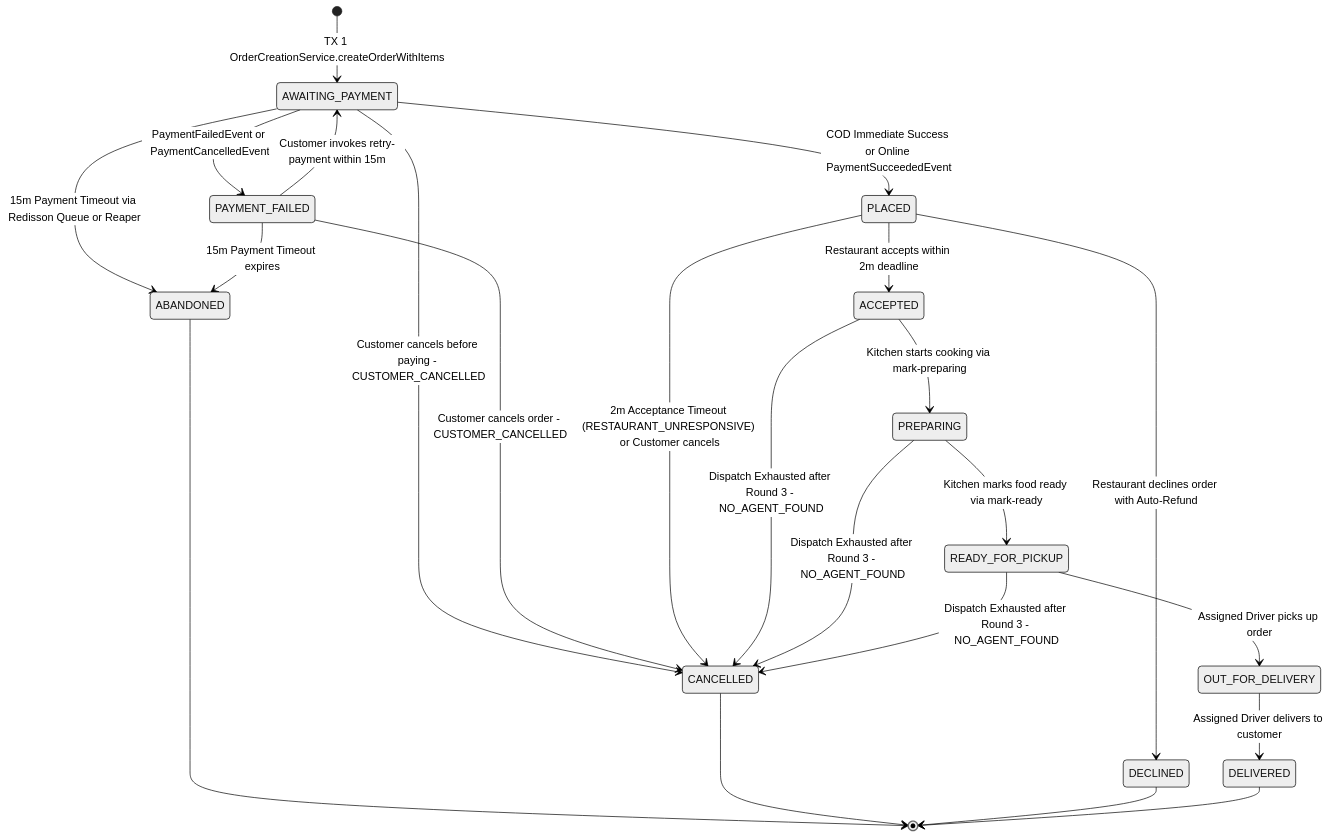
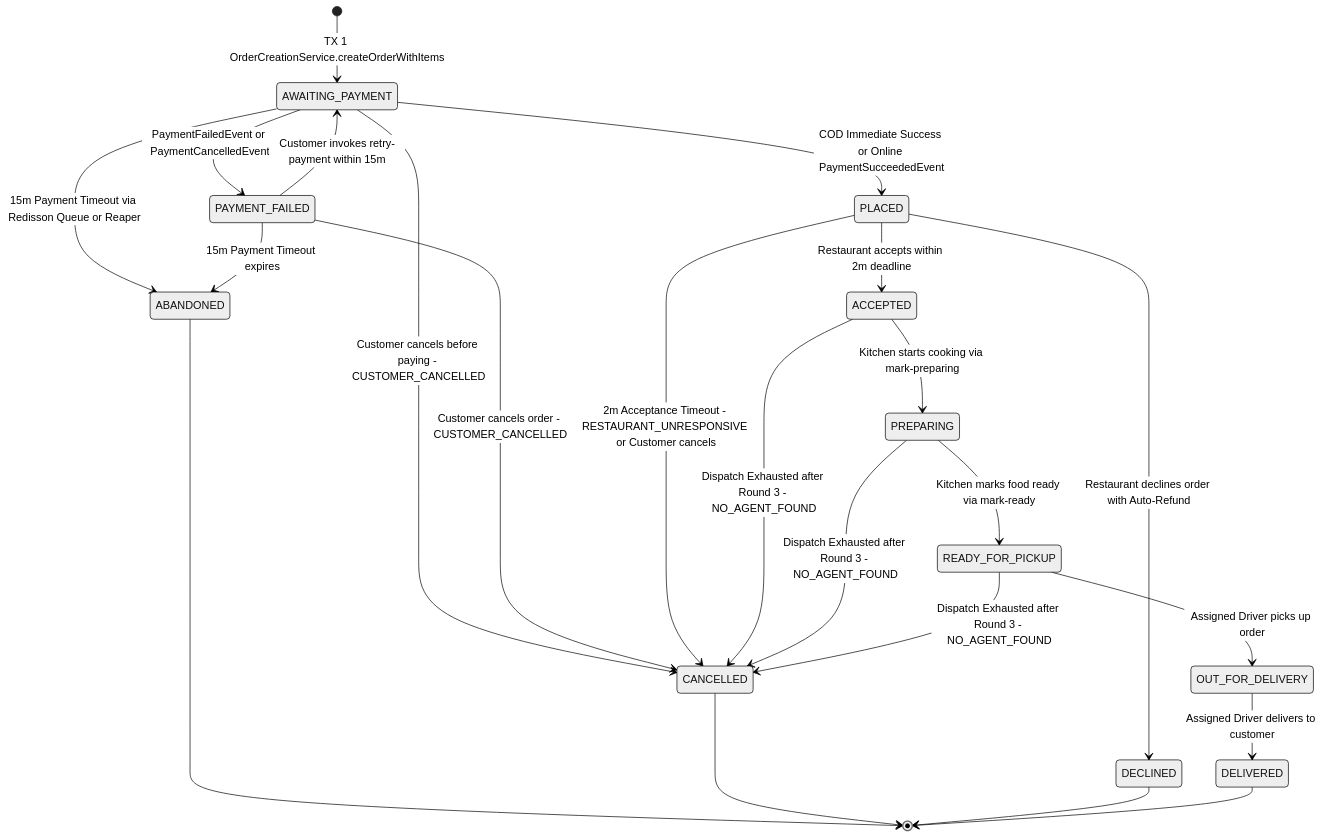
One commit to eshant52/quickbite-backend changed the second of 7 diagrams in docs/order-process.md. Above: the diagram before and after it, drawn with Mermaid (neutral theme). The commit also changed other lines of this file and 11 other files, not shown here.

First line of the commit message:
docs: update architecture and setup guides, and configure flexible dev routing

````diff
--- a/docs/order-process.md
+++ b/docs/order-process.md
@@ -230,33 +233,33 @@
 ```mermaid
 stateDiagram-v2
     [*] --> AWAITING_PAYMENT: TX 1 OrderCreationService.createOrderWithItems
 
     AWAITING_PAYMENT --> PLACED: COD Immediate Success or Online PaymentSucceededEvent
     AWAITING_PAYMENT --> PAYMENT_FAILED: PaymentFailedEvent or PaymentCancelledEvent
     AWAITING_PAYMENT --> ABANDONED: 15m Payment Timeout via Redisson Queue or Reaper
     AWAITING_PAYMENT --> CANCELLED: Customer cancels before paying - CUSTOMER_CANCELLED
 
     PAYMENT_FAILED --> AWAITING_PAYMENT: Customer invokes retry-payment within 15m
     PAYMENT_FAILED --> ABANDONED: 15m Payment Timeout expires
     PAYMENT_FAILED --> CANCELLED: Customer cancels order - CUSTOMER_CANCELLED
 
     PLACED --> ACCEPTED: Restaurant accepts within 2m deadline
     PLACED --> DECLINED: Restaurant declines order with Auto-Refund
-    PLACED --> CANCELLED: 2m Acceptance Timeout (RESTAURANT_UNRESPONSIVE) or Customer cancels
+    PLACED --> CANCELLED: 2m Acceptance Timeout - RESTAURANT_UNRESPONSIVE or Customer cancels
 
     ACCEPTED --> PREPARING: Kitchen starts cooking via mark-preparing
     ACCEPTED --> CANCELLED: Dispatch Exhausted after Round 3 - NO_AGENT_FOUND
 
     PREPARING --> READY_FOR_PICKUP: Kitchen marks food ready via mark-ready
     PREPARING --> CANCELLED: Dispatch Exhausted after Round 3 - NO_AGENT_FOUND
 
     READY_FOR_PICKUP --> OUT_FOR_DELIVERY: Assigned Driver picks up order
     READY_FOR_PICKUP --> CANCELLED: Dispatch Exhausted after Round 3 - NO_AGENT_FOUND
 
     OUT_FOR_DELIVERY --> DELIVERED: Assigned Driver delivers to customer
 
     ABANDONED --> [*]
     CANCELLED --> [*]
     DECLINED --> [*]
     DELIVERED --> [*]
 ```
````
